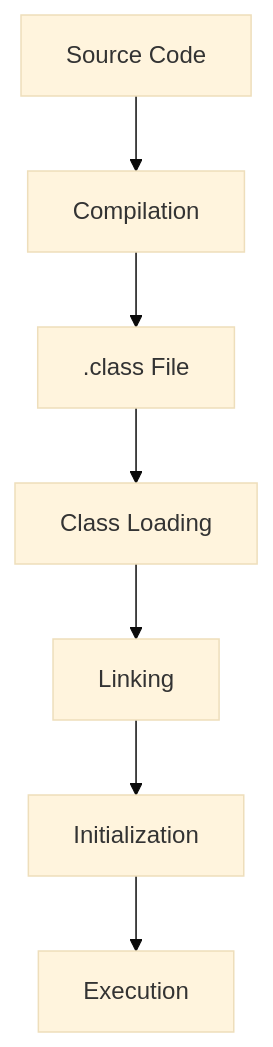
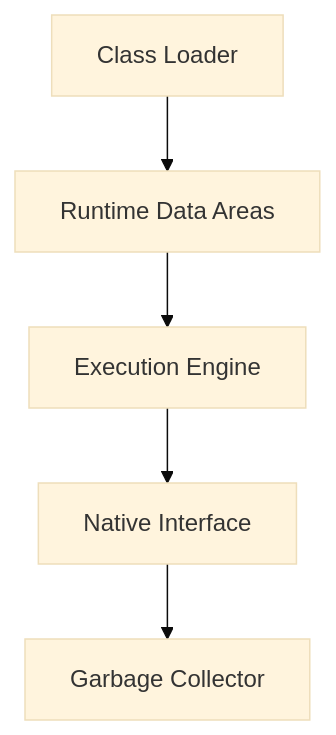
The first of 2 diagrams in jvm-internals-class-loading/README.md (VrushankPatel/interview-matters), drawn with Mermaid (base theme) before and after one commit. The commit also changed other lines of this file and 8 other files, not shown here.

Commit message:
kb: add/update topics Garbage Collection Algorithms, Multithreading & Concurrency in Java, Collections & Data Structures, Java Stream API & Functional Programming, System Design Basics

````diff
--- a/jvm-internals-class-loading/README.md
+++ b/jvm-internals-class-loading/README.md
@@ -53,9 +34,7 @@
 ```mermaid
 graph TD
-    A[Source Code] --> B[Compilation]
-    B --> C[.class File]
-    C --> D[Class Loading]
-    D --> E[Linking]
-    E --> F[Initialization]
-    F --> G[Execution]
+    A[Class Loader] --> B[Runtime Data Areas]
+    B --> C[Execution Engine]
+    C --> D[Native Interface]
+    D --> E[Garbage Collector]
 ```
````
